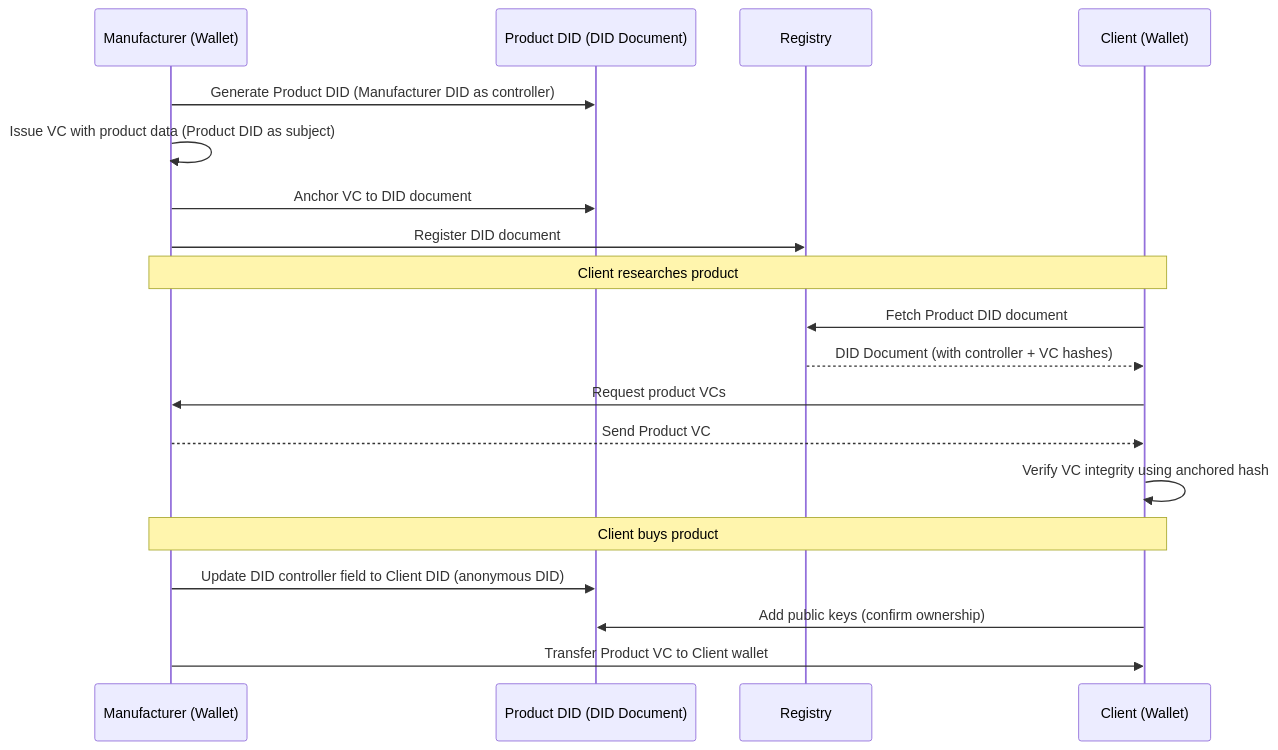
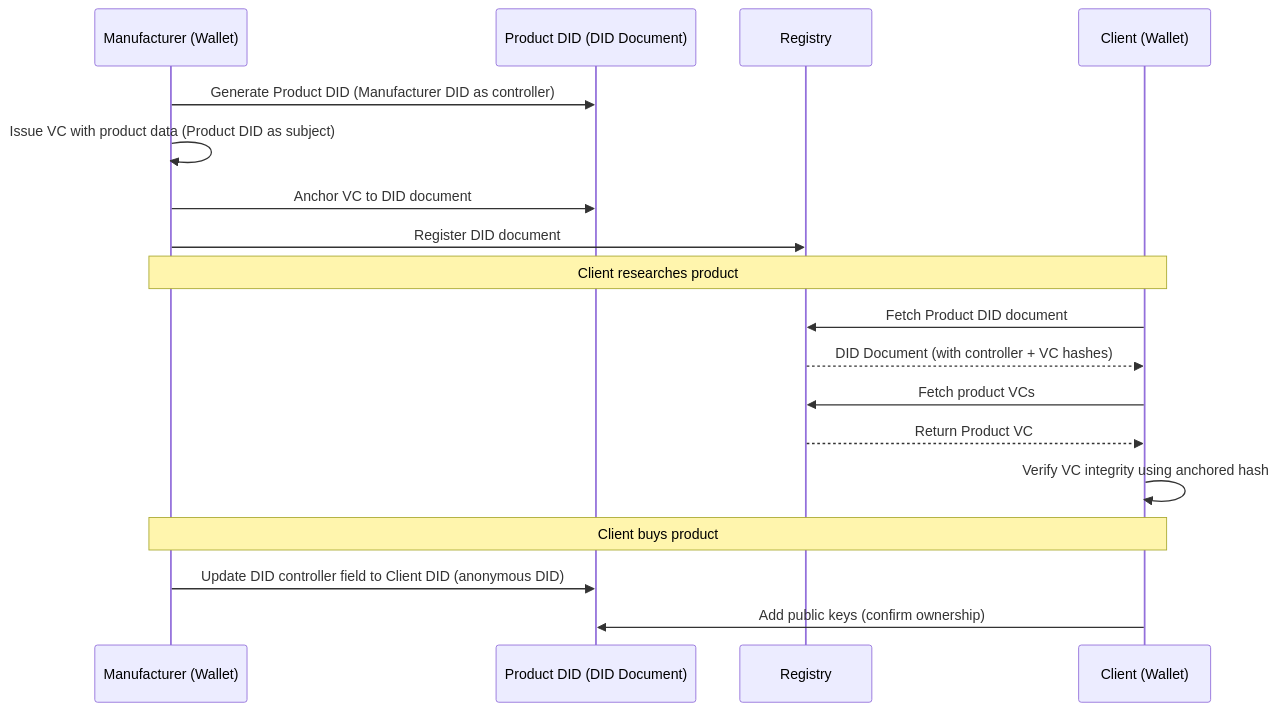
One commit to Jorge-Lopes/dpp-did changed the diagram in README.md. Above: the diagram before and after it, drawn with Mermaid. The commit also changed other lines of this file, not shown here.

Commit message:
doc: clarify project goals and workflow

````diff
--- a/README.md
+++ b/README.md
@@ -95,27 +87,26 @@
 ```mermaid
 sequenceDiagram
-    participant M as Manufacturer (Wallet)
-    participant D as Product DID (DID Document)
-    participant R as Registry
-    participant C as Client (Wallet)
+   participant M as Manufacturer (Wallet)
+   participant D as Product DID (DID Document)
+   participant R as Registry
+   participant C as Client (Wallet)
 
-    %% --- Product Creation ---
-    M->>D: Generate Product DID (Manufacturer DID as controller)
-    M->>M: Issue VC with product data (Product DID as subject)
-    M->>D: Anchor VC to DID document
-    M->>R: Register DID document
+   %% --- Product Creation ---
+   M->>D: Generate Product DID (Manufacturer DID as controller)
+   M->>M: Issue VC with product data (Product DID as subject)
+   M->>D: Anchor VC to DID document
+   M->>R: Register DID document
 
-    %% --- Product Discovery ---
-    Note over M,C: Client researches product
-    C->>R: Fetch Product DID document
-    R-->>C: DID Document (with controller + VC hashes)
-    C->>M: Request product VCs
-    M-->>C: Send Product VC
-    C->>C: Verify VC integrity using anchored hash
+   %% --- Product Discovery ---
+   Note over M,C: Client researches product
+   C->>R: Fetch Product DID document
+   R-->>C: DID Document (with controller + VC hashes)
+   C->>R: Fetch product VCs
+   R-->>C: Return Product VC
+   C->>C: Verify VC integrity using anchored hash
 
-    %% --- Ownership Transfer ---
-    Note over M,C: Client buys product
-    M->>D: Update DID controller field to Client DID (anonymous DID)
-    C->>D: Add public keys (confirm ownership)
-    M->>C: Transfer Product VC to Client wallet
+   %% --- Ownership Transfer ---
+   Note over M,C: Client buys product
+   M->>D: Update DID controller field to Client DID (anonymous DID)
+   C->>D: Add public keys (confirm ownership)
 ```
````
